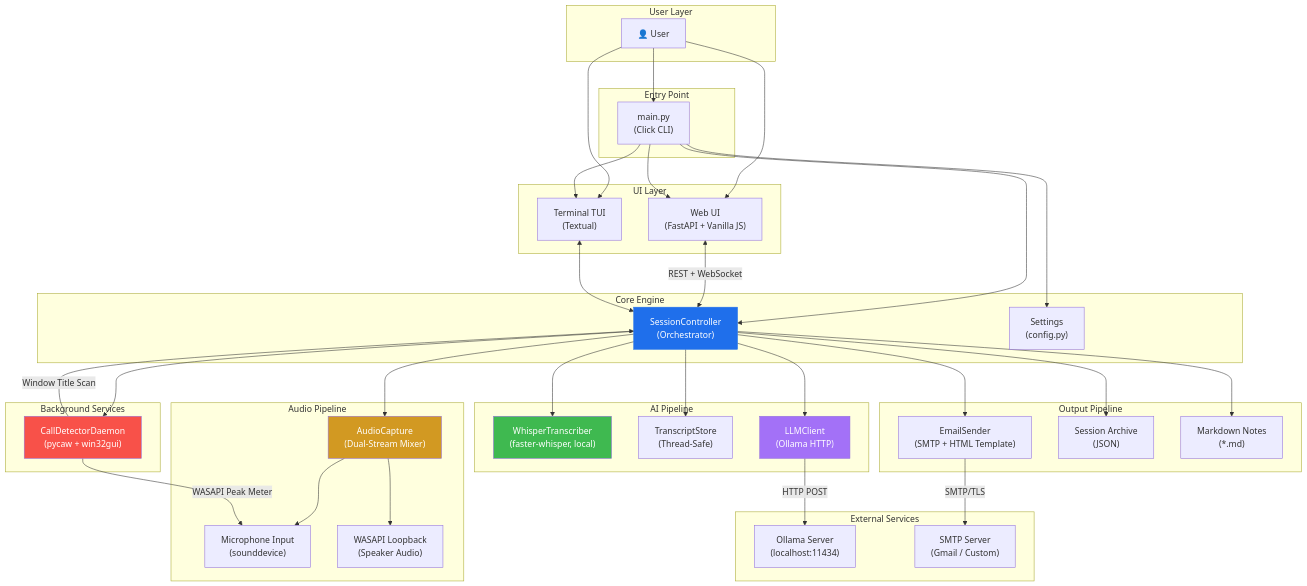
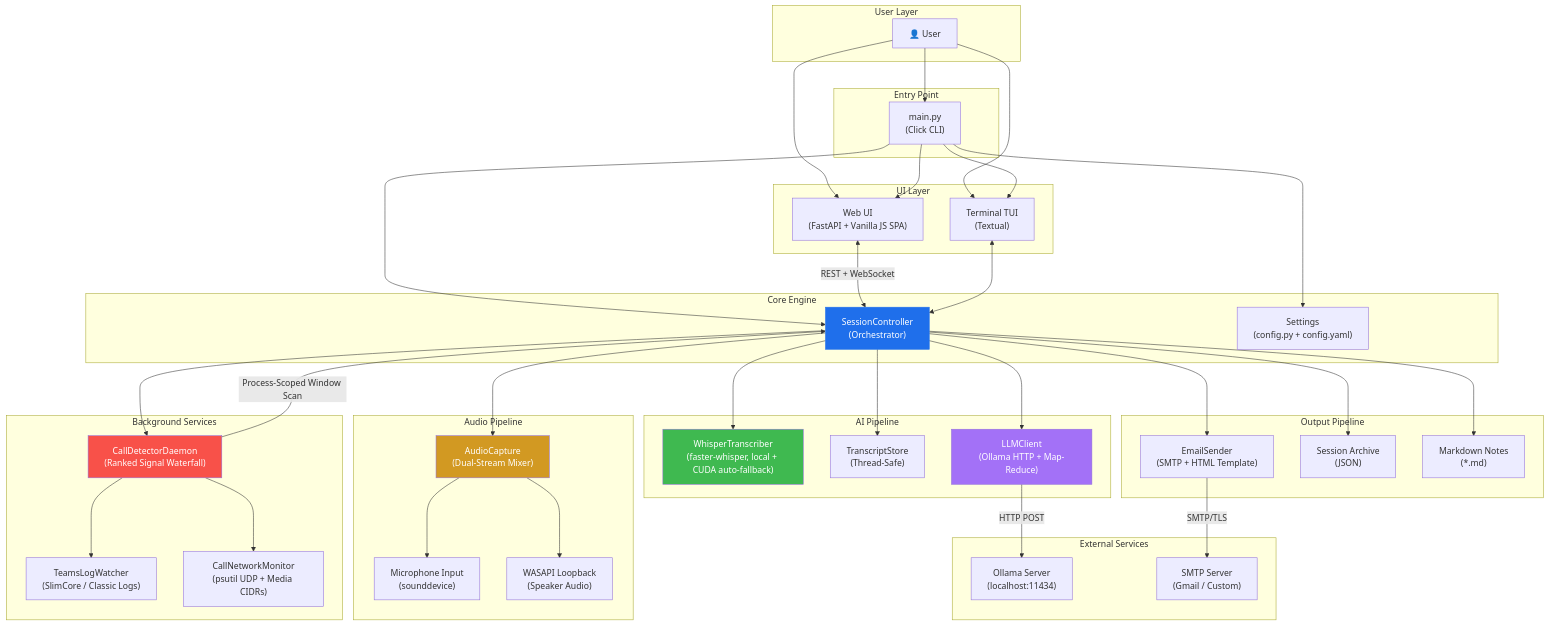
The first of 13 diagrams in noteflow_architecture.md (vachaspativ/NoteFlow), drawn with Mermaid before and after one commit. The commit also changed other lines of this file, not shown here.

Commit message:
docs: update architecture documentation to include Ranked Signal Waterfall, Map-Reduce AI pipelines, and extended daemon monitoring modules.

```diff
--- a/noteflow_architecture.md
+++ b/noteflow_architecture.md
@@ -22,7 +22,7 @@
     end
 
     subgraph "UI Layer"
-        WEB["Web UI<br/>(FastAPI + Vanilla JS)"]
+        WEB["Web UI<br/>(FastAPI + Vanilla JS SPA)"]
         TUI["Terminal TUI<br/>(Textual)"]
     end
 
@@ -32,7 +32,7 @@
 
     subgraph "Core Engine"
         CTRL["SessionController<br/>(Orchestrator)"]
-        CFG["Settings<br/>(config.py)"]
+        CFG["Settings<br/>(config.py + config.yaml)"]
     end
 
     subgraph "Audio Pipeline"
@@ -42,9 +42,9 @@
     end
 
     subgraph "AI Pipeline"
-        WHISPER["WhisperTranscriber<br/>(faster-whisper, local)"]
+        WHISPER["WhisperTranscriber<br/>(faster-whisper, local + CUDA auto-fallback)"]
         TSTORE["TranscriptStore<br/>(Thread-Safe)"]
-        LLM["LLMClient<br/>(Ollama HTTP)"]
+        LLM["LLMClient<br/>(Ollama HTTP + Map-Reduce)"]
     end
 
     subgraph "Output Pipeline"
@@ -54,7 +54,9 @@
     end
 
     subgraph "Background Services"
-        DAEMON["CallDetectorDaemon<br/>(pycaw + win32gui)"]
+        DAEMON["CallDetectorDaemon<br/>(Ranked Signal Waterfall)"]
+        LOG_WATCH["TeamsLogWatcher<br/>(SlimCore / Classic Logs)"]
+        NET_MON["CallNetworkMonitor<br/>(psutil UDP + Media CIDRs)"]
     end
 
     subgraph "External Services"
@@ -89,8 +91,9 @@
     LLM -->|HTTP POST| OLLAMA
     EMAIL -->|SMTP/TLS| SMTP
 
-    DAEMON -->|WASAPI Peak Meter| MIC
-    DAEMON -->|Window Title Scan| CTRL
+    DAEMON --> LOG_WATCH
+    DAEMON --> NET_MON
+    DAEMON -->|Process-Scoped Window Scan| CTRL
 
     style CTRL fill:#1f6feb,color:#fff,stroke:#1f6feb
     style DAEMON fill:#f85149,color:#fff
```
